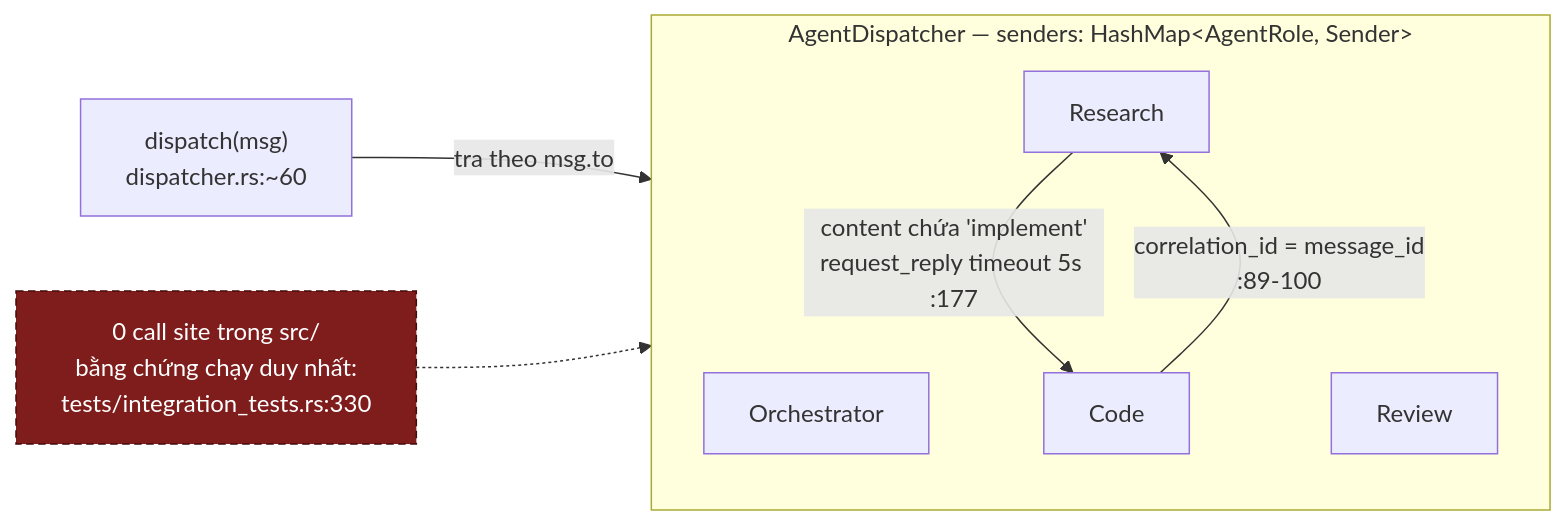
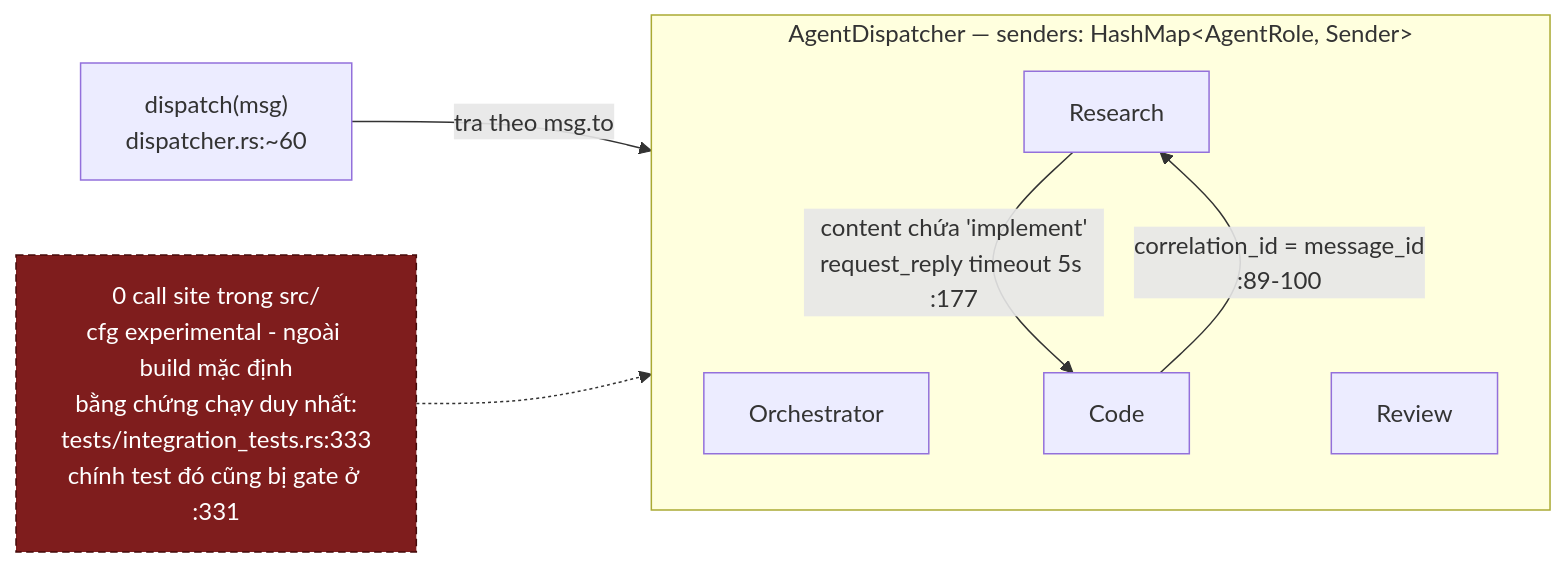
One commit to DuongNAD/LIVA changed the fourth of 5 diagrams in docs/01-ban-ve/05-agent-bo-nho-va-tien-hoa.md. Above: the diagram before and after it, drawn with Mermaid. The commit also changed other lines of this file and 17 other files, not shown here.

````diff
--- a/docs/01-ban-ve/05-agent-bo-nho-va-tien-hoa.md
+++ b/docs/01-ban-ve/05-agent-bo-nho-va-tien-hoa.md
@@ -572,14 +574,14 @@
 ```mermaid
 flowchart LR
     subgraph D["AgentDispatcher — senders: HashMap&lt;AgentRole, Sender&gt;"]
         RO["Orchestrator"]
         RE["Research"]
         CO["Code"]
         RV["Review"]
     end
     IN["dispatch(msg)<br/>dispatcher.rs:~60"] -->|"tra theo msg.to"| D
     RE -->|"content chứa 'implement'<br/>request_reply timeout 5s :177"| CO
     CO -->|"correlation_id = message_id<br/>:89-100"| RE
-    NOTE["0 call site trong src/<br/>bằng chứng chạy duy nhất:<br/>tests/integration_tests.rs:330"]:::dead -.-> D
+    NOTE["0 call site trong src/<br/>cfg experimental - ngoài build mặc định<br/>bằng chứng chạy duy nhất:<br/>tests/integration_tests.rs:333<br/>chính test đó cũng bị gate ở :331"]:::dead -.-> D
     classDef dead fill:#7f1d1d,stroke:#450a0a,color:#ffffff,stroke-dasharray: 5 3
 ```
````
